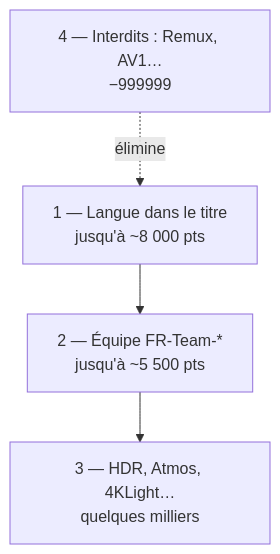
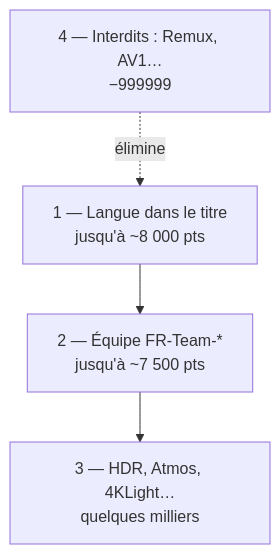
One commit to mcflykid/french-profilarr-database changed the diagram in docs/comprendre/principes.md. Above: the diagram before and after it, drawn with Mermaid. The commit also changed other lines of this file and 24 other files, not shown here.

````diff
--- a/docs/comprendre/principes.md
+++ b/docs/comprendre/principes.md
@@ -5,9 +5,9 @@
 ```mermaid
 flowchart TB
   L[1 — Langue dans le titre<br/>jusqu'à ~8 000 pts]
-  E[2 — Équipe FR-Team-*<br/>jusqu'à ~5 500 pts]
+  E[2 — Équipe FR-Team-*<br/>jusqu'à ~7 500 pts]
   T[3 — HDR, Atmos, 4KLight…<br/>quelques milliers]
   X[4 — Interdits : Remux, AV1…<br/>−999999]
   L --> E --> T
   X -.->|élimine| L
 ```
````
